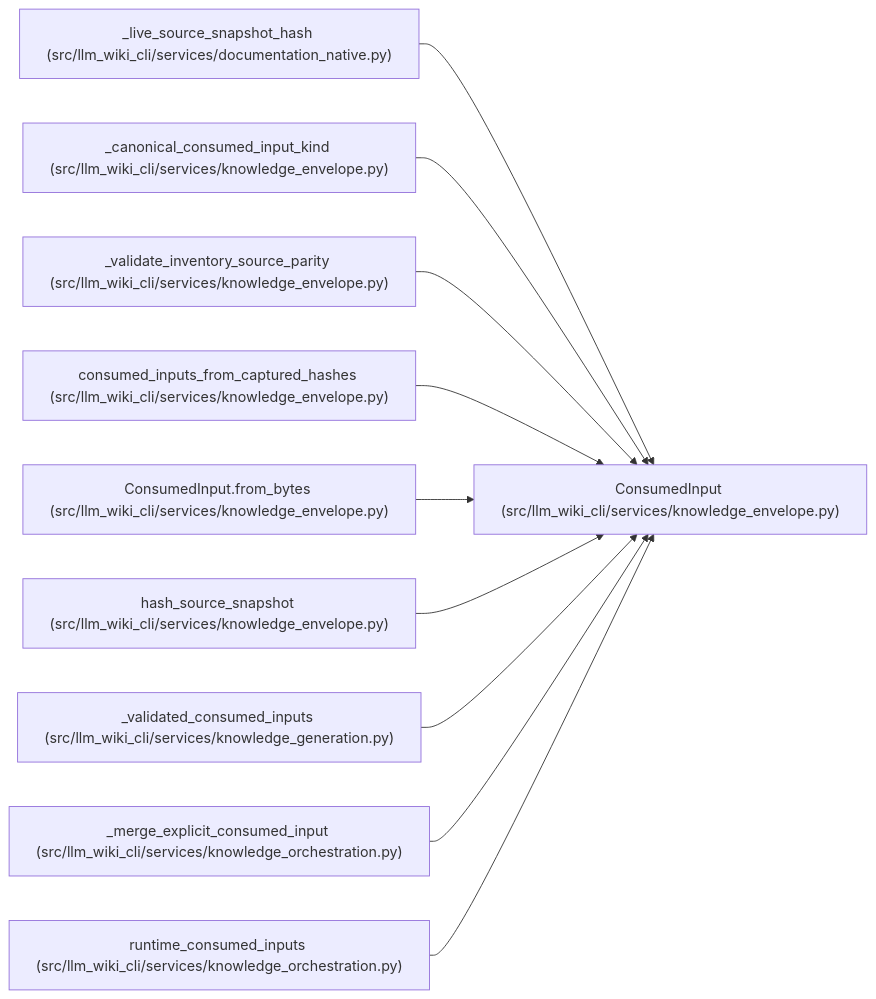
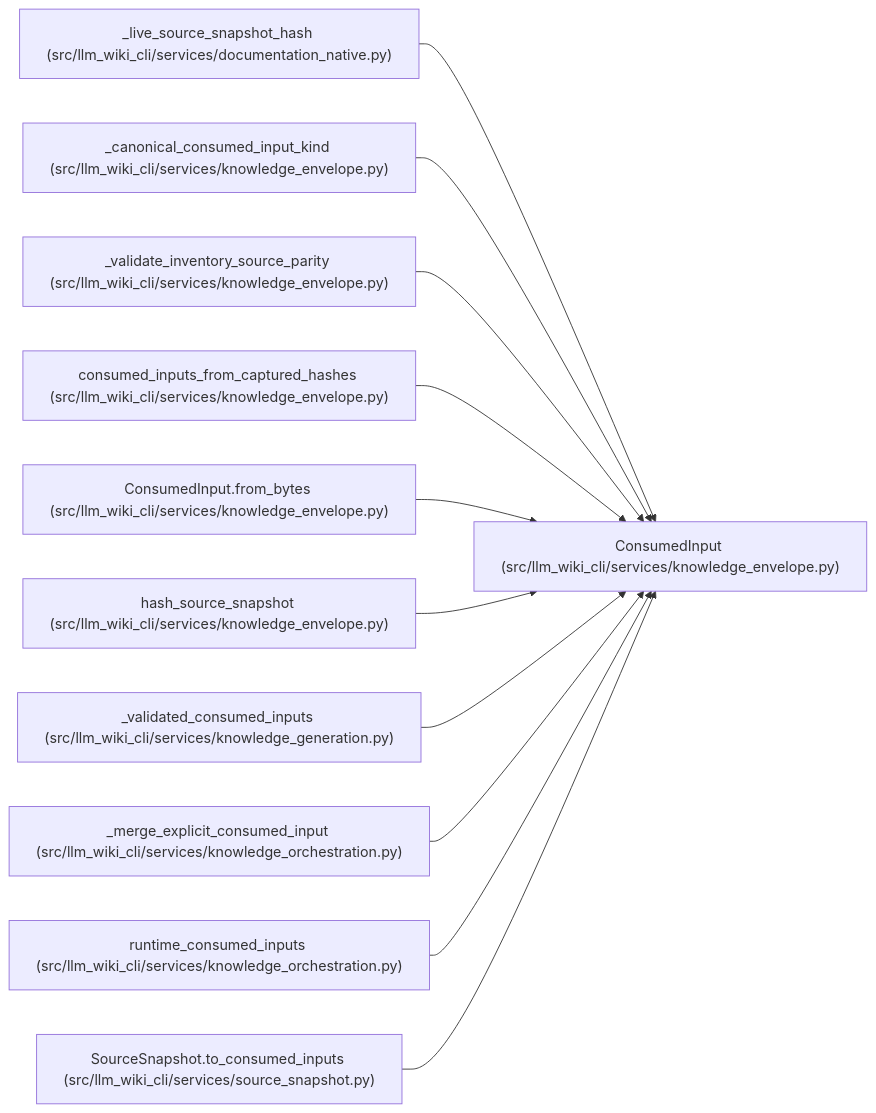
One commit to Denissvgn/python-wiki-llm changed the diagram in docs/llm_wiki/entities/ConsumedInput.md. Above: the diagram before and after it, drawn with Mermaid. The commit also changed other lines of this file and 493 other files, not shown here.

````diff
--- a/docs/llm_wiki/entities/ConsumedInput.md
+++ b/docs/llm_wiki/entities/ConsumedInput.md
@@ -33,32 +33,35 @@
 ```mermaid
 flowchart LR
     n0["ConsumedInput (src/llm_wiki_cli/services/knowledge_envelope.py)"]
     n1["_live_source_snapshot_hash (src/llm_wiki_cli/services/documentation_native.py)"]
     n2["_canonical_consumed_input_kind (src/llm_wiki_cli/services/knowledge_envelope.py)"]
     n3["_validate_inventory_source_parity (src/llm_wiki_cli/services/knowledge_envelope.py)"]
     n4["consumed_inputs_from_captured_hashes (src/llm_wiki_cli/services/knowledge_envelope.py)"]
     n5["ConsumedInput.from_bytes (src/llm_wiki_cli/services/knowledge_envelope.py)"]
     n6["hash_source_snapshot (src/llm_wiki_cli/services/knowledge_envelope.py)"]
     n7["_validated_consumed_inputs (src/llm_wiki_cli/services/knowledge_generation.py)"]
     n8["_merge_explicit_consumed_input (src/llm_wiki_cli/services/knowledge_orchestration.py)"]
     n9["runtime_consumed_inputs (src/llm_wiki_cli/services/knowledge_orchestration.py)"]
+    n10["SourceSnapshot.to_consumed_inputs (src/llm_wiki_cli/services/source_snapshot.py)"]
     n1 --> n0
     n2 --> n0
     n3 --> n0
     n4 --> n0
     n5 --> n0
     n6 --> n0
     n7 --> n0
     n8 --> n0
     n9 --> n0
+    n10 --> n0
     click n0 "../modules/knowledge_envelope.md"
     click n1 "../modules/documentation_native.md"
     click n2 "../modules/knowledge_envelope.md"
     click n3 "../modules/knowledge_envelope.md"
     click n4 "../modules/knowledge_envelope.md"
     click n5 "../modules/knowledge_envelope.md"
     click n6 "../modules/knowledge_envelope.md"
     click n7 "../modules/knowledge_generation.md"
     click n8 "../modules/knowledge_orchestration.md"
     click n9 "../modules/knowledge_orchestration.md"
+    click n10 "../modules/source_snapshot.md"
 ```
````
